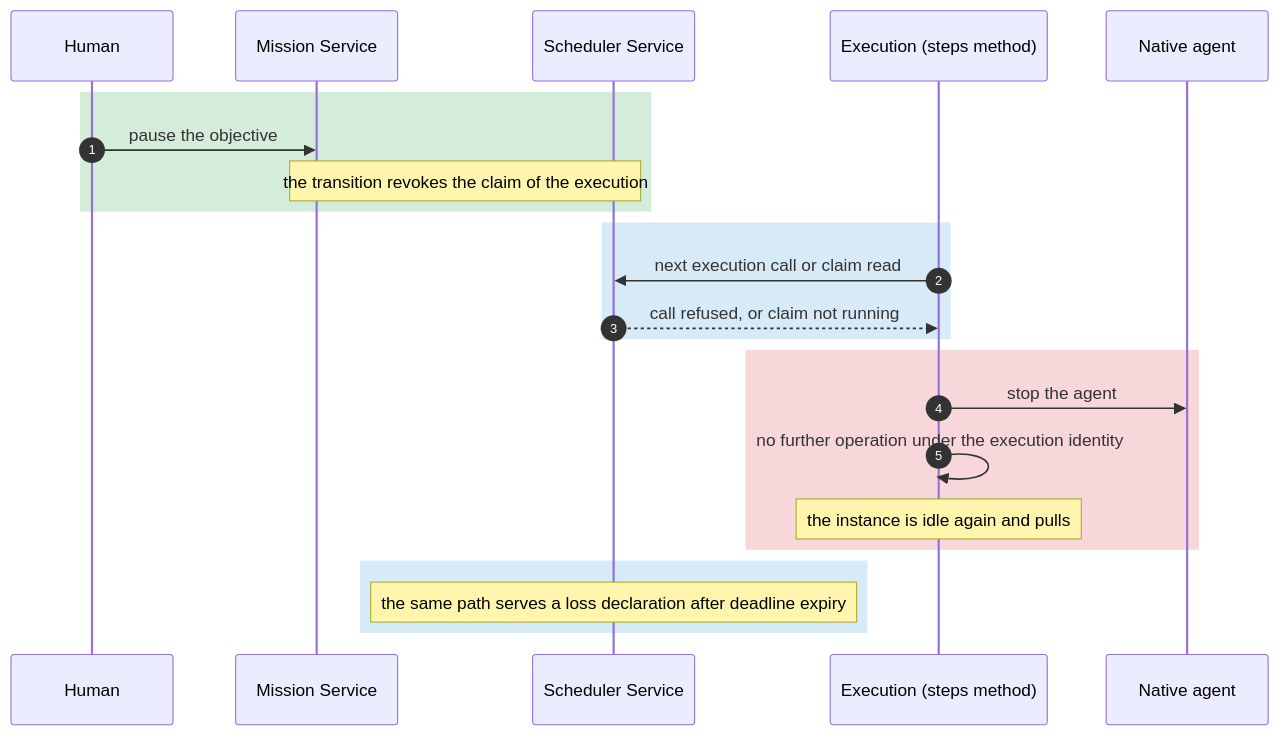
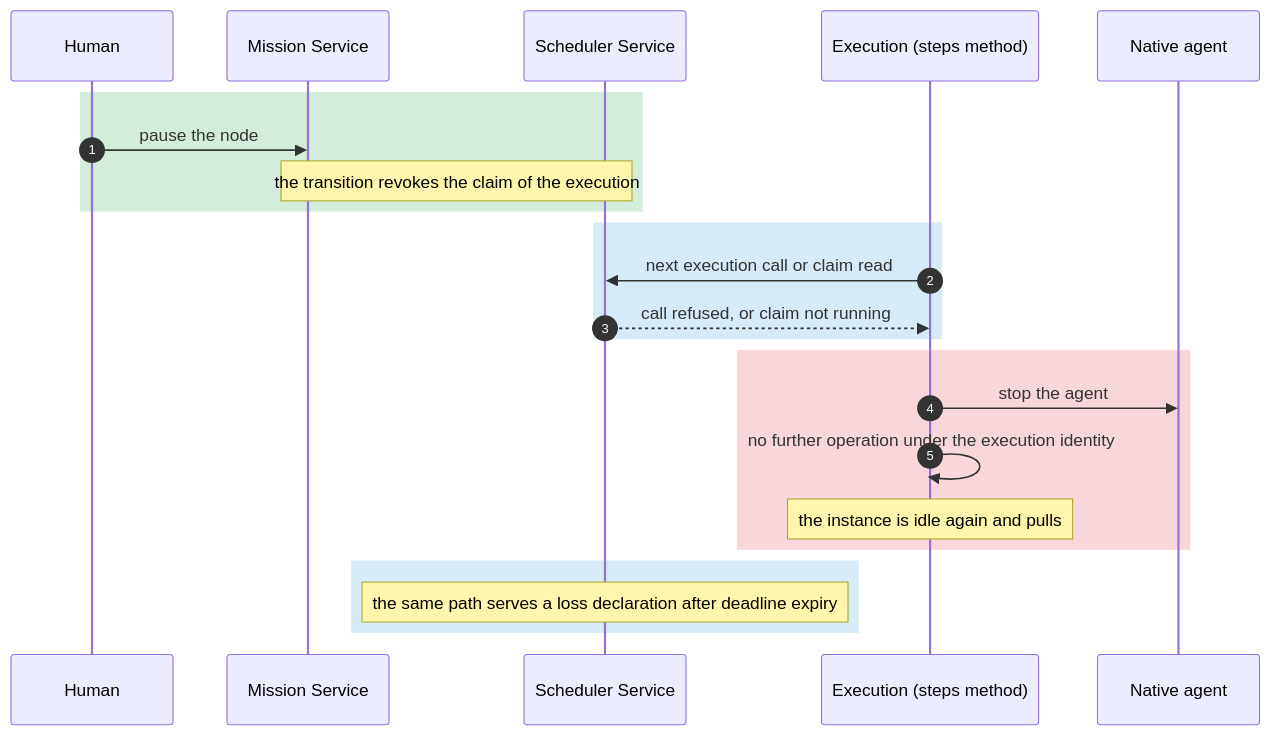
The fourth of 8 diagrams in docs/brainstorm/worker-service.md (kanthorlabs/kanthord), drawn with Mermaid before and after one commit. The commit also changed other lines of this file and 8 other files, not shown here.

````diff
--- a/docs/brainstorm/worker-service.md
+++ b/docs/brainstorm/worker-service.md
@@ -439,26 +444,26 @@
 ```mermaid
 sequenceDiagram
     autonumber
     participant H as Human
     participant M as Mission Service
     participant S as Scheduler Service
     participant E as Execution (steps method)
     participant A as Native agent
 
     rect rgb(212, 237, 218)
-        H->>M: pause the objective
+        H->>M: pause the node
         Note over M,S: the transition revokes the claim of the execution
     end
     rect rgb(214, 234, 248)
         E->>S: next execution call or claim read
         S-->>E: call refused, or claim not running
     end
     rect rgb(248, 215, 218)
         E->>A: stop the agent
         E->>E: no further operation under the execution identity
         Note over E: the instance is idle again and pulls
     end
     rect rgb(214, 234, 248)
         Note over S: the same path serves a loss declaration after deadline expiry
     end
 ```
````
